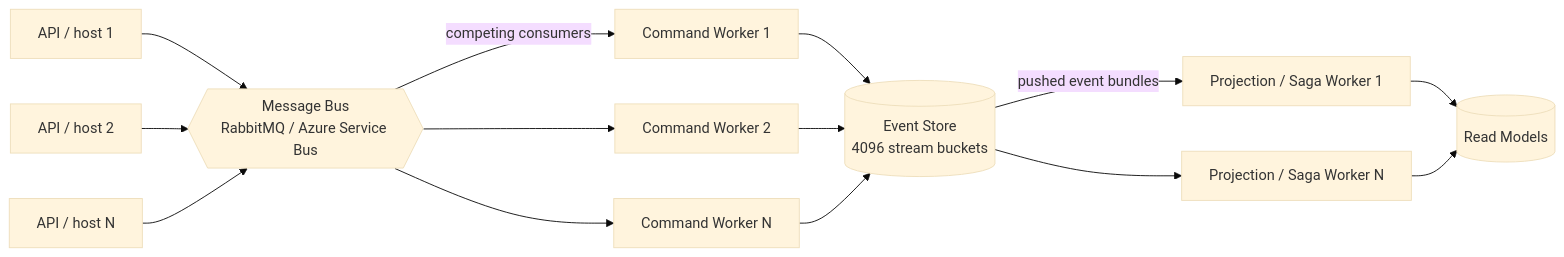
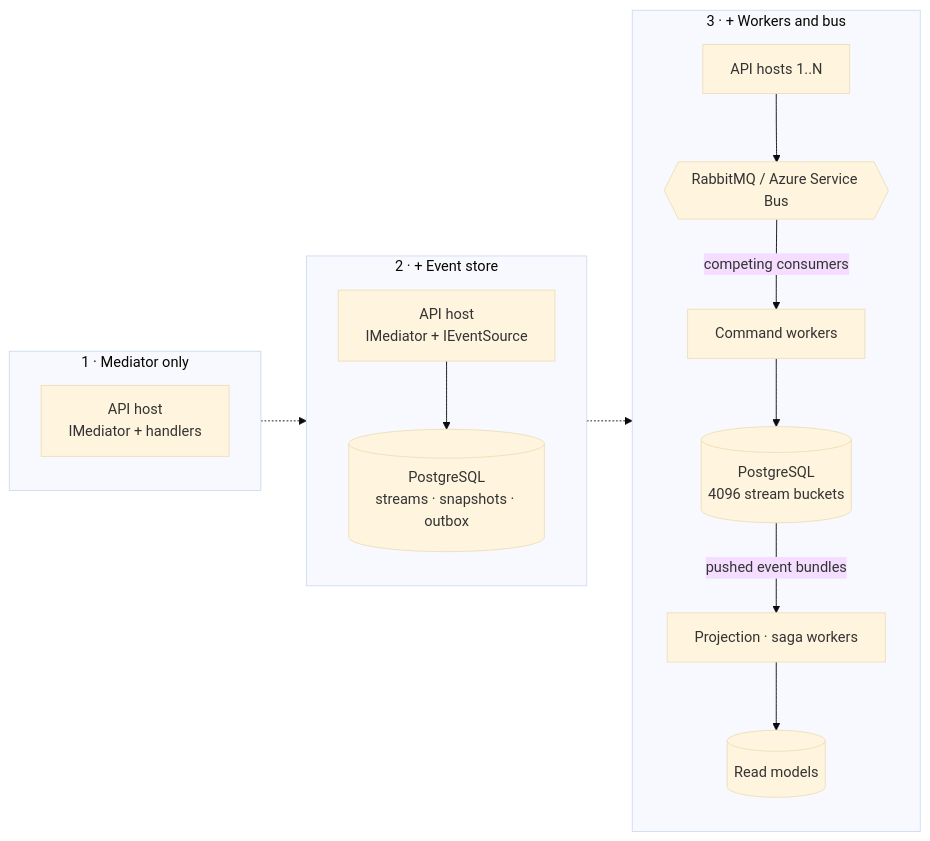
The diagram in README.md (yesbert/Stratara), drawn with Mermaid (base theme) before and after one commit. The commit also changed other lines of this file and 11 other files, not shown here.

````diff
--- a/README.md
+++ b/README.md
@@ -58,17 +97,17 @@
 ```mermaid
 flowchart LR
-    A1[API / host 1] --> BUS
-    A2[API / host 2] --> BUS
-    A3[API / host N] --> BUS
-    BUS{{"Message Bus<br/>RabbitMQ / Azure Service Bus"}}
-    BUS -->|competing consumers| C1[Command Worker 1]
-    BUS --> C2[Command Worker 2]
-    BUS --> C3[Command Worker N]
-    C1 --> ES
-    C2 --> ES
-    C3 --> ES
-    ES[("Event Store<br/>4096 stream buckets")] -->|pushed event bundles| P1[Projection / Saga Worker 1]
-    ES --> P2[Projection / Saga Worker N]
-    P1 --> RM[(Read Models)]
-    P2 --> RM
+    subgraph S1["1 · Mediator only"]
+        A0["API host<br/>IMediator + handlers"]
+    end
+    subgraph S2["2 · + Event store"]
+        A1["API host<br/>IMediator + IEventSource"] --> DB1[("PostgreSQL<br/>streams · snapshots · outbox")]
+    end
+    subgraph S3["3 · + Workers and bus"]
+        A2["API hosts 1..N"] --> BUS{{"RabbitMQ / Azure Service Bus"}}
+        BUS -->|competing consumers| CW["Command workers"]
+        CW --> DB2[("PostgreSQL<br/>4096 stream buckets")]
+        DB2 -->|pushed event bundles| PW["Projection · saga workers"]
+        PW --> RM[("Read models")]
+    end
+    S1 -.-> S2 -.-> S3
 ```
````
